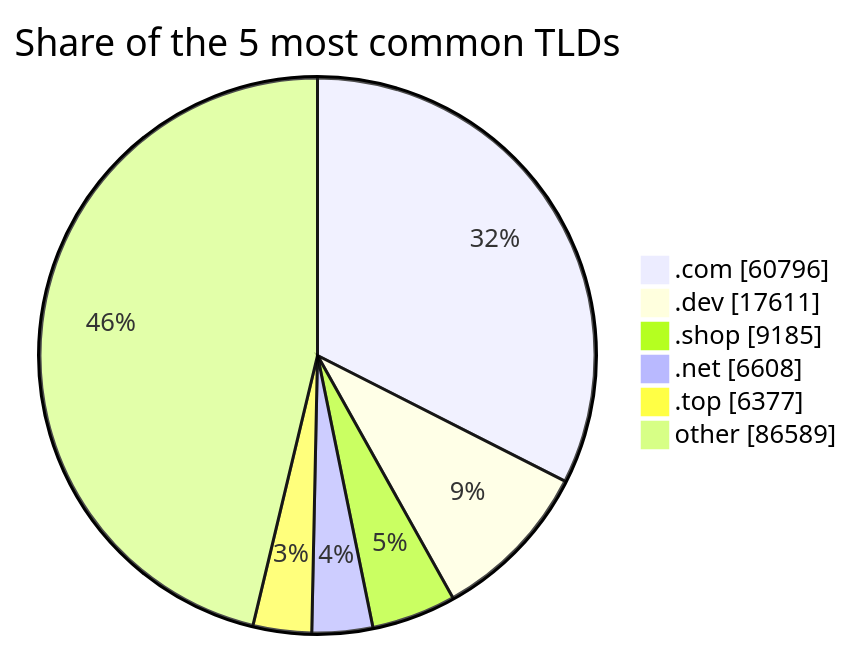
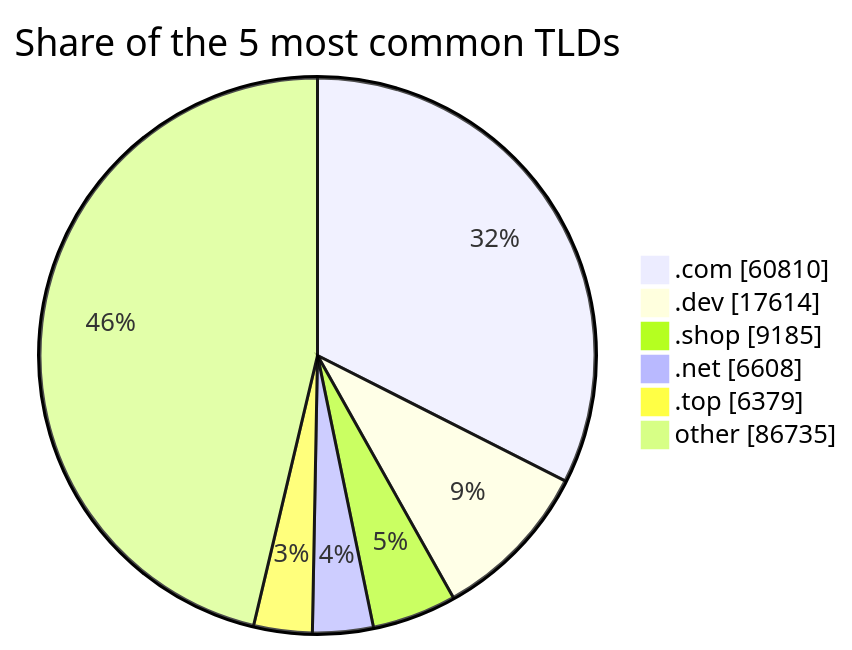
One commit to DNSBunker/CTI changed the third of 3 diagrams in README.md. Above: the diagram before and after it, drawn with Mermaid. The commit also changed other lines of this file and 3 other files, not shown here.

````diff
--- a/README.md
+++ b/README.md
@@ -81,9 +81,9 @@
 ```mermaid
 pie showData title Share of the 5 most common TLDs
-    ".com" : 60796
-    ".dev" : 17611
+    ".com" : 60810
+    ".dev" : 17614
     ".shop" : 9185
     ".net" : 6608
-    ".top" : 6377
-    "other" : 86589
+    ".top" : 6379
+    "other" : 86735
 ```
````
